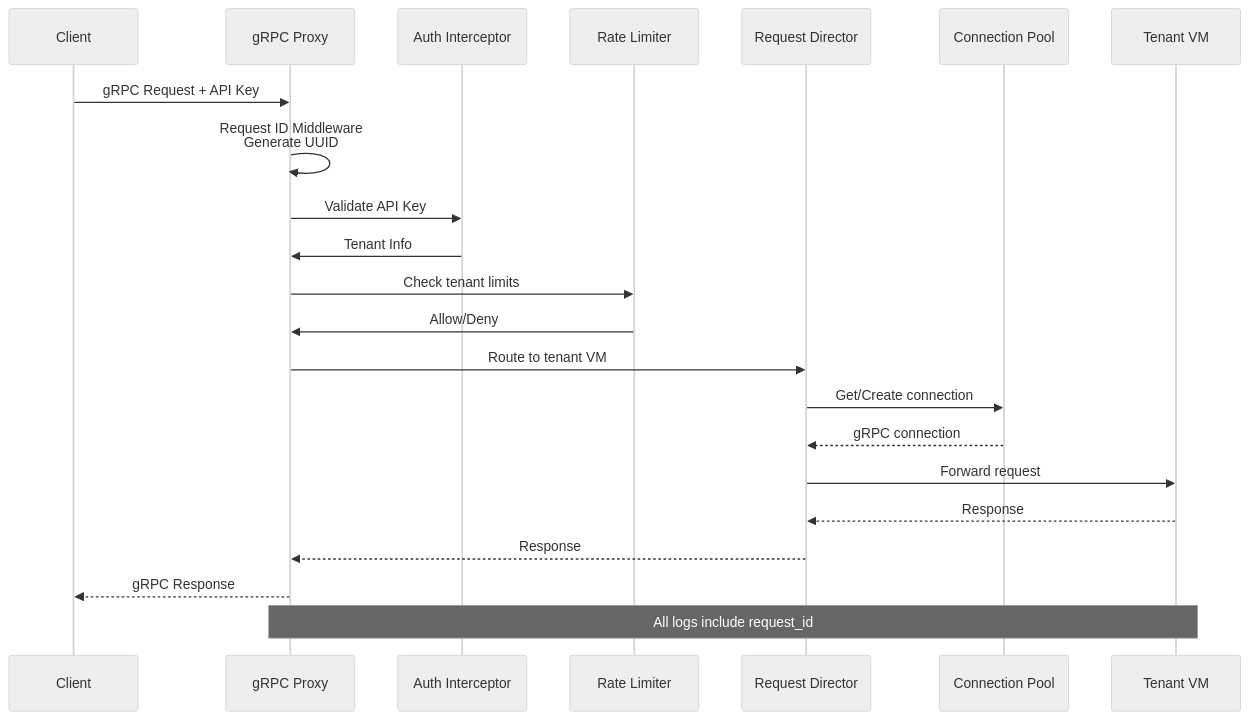
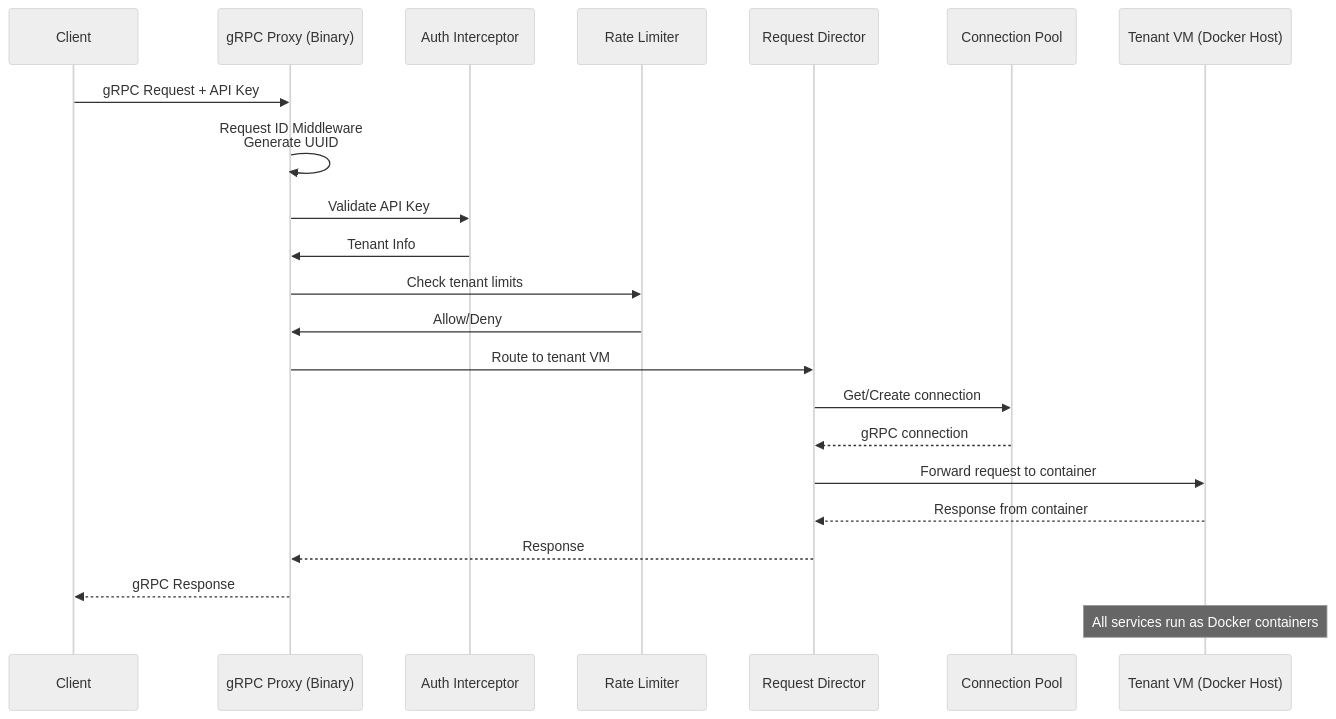
The third of 13 diagrams in docs/architecture.md (chempik1234/room-service-proxy), drawn with Mermaid (neutral theme) before and after one commit. The commit also changed other lines of this file and 1 other file, not shown here.

````diff
--- a/docs/architecture.md
+++ b/docs/architecture.md
@@ -97,31 +97,31 @@
 ```mermaid
 sequenceDiagram
     participant Client
-    participant Proxy as gRPC Proxy
+    participant Proxy as gRPC Proxy (Binary)
     participant Auth as Auth Interceptor
     participant RateLimit as Rate Limiter
     participant Director as Request Director
     participant Pool as Connection Pool
-    participant VM as Tenant VM
+    participant VM as Tenant VM (Docker Host)
     
     Client->>Proxy: gRPC Request + API Key
     
     Proxy->>Proxy: Request ID Middleware<br/>Generate UUID
     
     Proxy->>Auth: Validate API Key
     Auth->>Proxy: Tenant Info
     
     Proxy->>RateLimit: Check tenant limits
     RateLimit->>Proxy: Allow/Deny
     
     Proxy->>Director: Route to tenant VM
     Director->>Pool: Get/Create connection
     Pool-->>Director: gRPC connection
-    Director->>VM: Forward request
+    Director->>VM: Forward request to container
     
-    VM-->>Director: Response
+    VM-->>Director: Response from container
     Director-->>Proxy: Response
     Proxy-->>Client: gRPC Response
     
-    Note over Proxy,VM: All logs include request_id
+    Note over VM,VM: All services run as Docker containers
 ```
````
